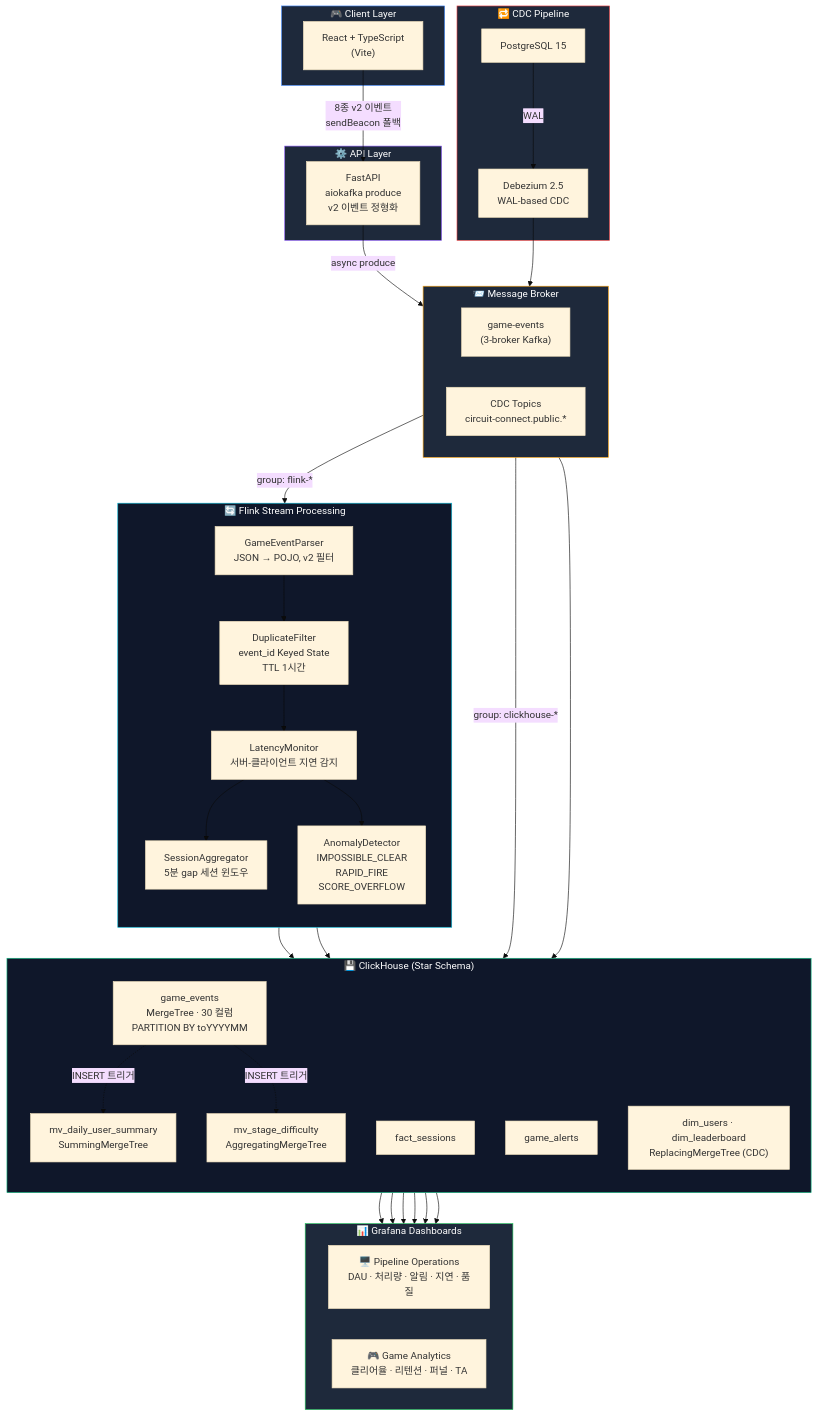
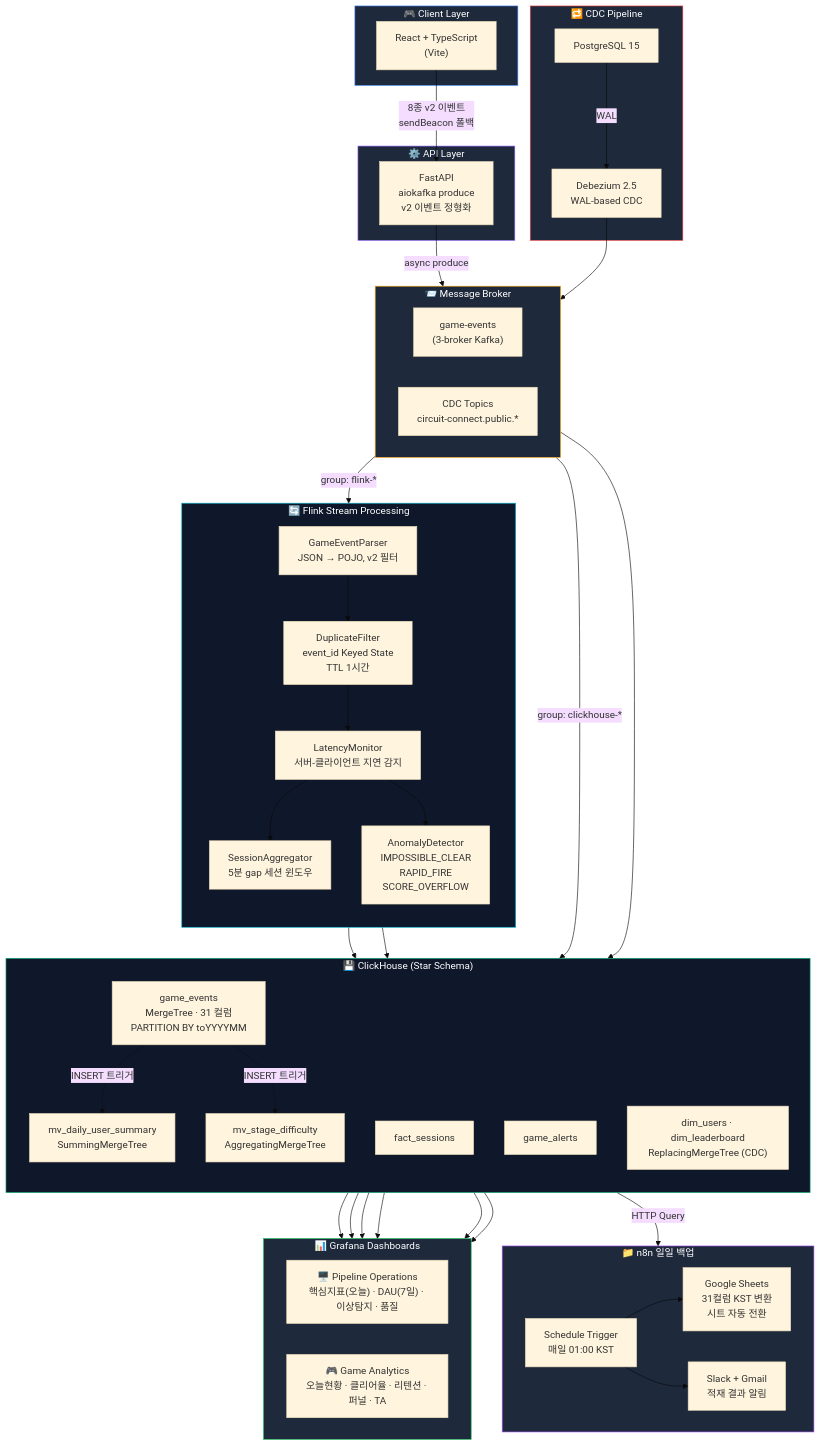
The diagram in docs/architecture.md (Aguantar/circuit-connect), drawn with Mermaid (base theme) before and after one commit. The commit also changed 3 other files, not shown here.

First line of the commit message:
docs: 아키텍처 다이어그램 및 스키마 명세 업데이트

````diff
--- a/docs/architecture.md
+++ b/docs/architecture.md
@@ -1,71 +1,82 @@
 ```mermaid
 flowchart TB
     subgraph CLIENT["🎮 Client Layer"]
         FE["React + TypeScript<br/>(Vite)"]
     end
 
     subgraph BACKEND["⚙️ API Layer"]
         API["FastAPI<br/>aiokafka produce<br/>v2 이벤트 정형화"]
     end
 
     subgraph KAFKA["📨 Message Broker"]
         direction LR
         GE["game-events<br/>(3-broker Kafka)"]
         CDC_T["CDC Topics<br/>circuit-connect.public.*"]
     end
 
     subgraph FLINK["🔄 Flink Stream Processing"]
         direction TB
         PARSE["GameEventParser<br/>JSON → POJO, v2 필터"]
         DUP["DuplicateFilter<br/>event_id Keyed State<br/>TTL 1시간"]
         LAT["LatencyMonitor<br/>서버-클라이언트 지연 감지"]
         SESS["SessionAggregator<br/>5분 gap 세션 윈도우"]
         ANOM["AnomalyDetector<br/>IMPOSSIBLE_CLEAR<br/>RAPID_FIRE<br/>SCORE_OVERFLOW"]
     end
 
     subgraph CH["💾 ClickHouse (Star Schema)"]
         direction TB
-        FACT["game_events<br/>MergeTree · 30 컬럼<br/>PARTITION BY toYYYYMM"]
+        FACT["game_events<br/>MergeTree · 31 컬럼<br/>PARTITION BY toYYYYMM"]
         MV_DAILY["mv_daily_user_summary<br/>SummingMergeTree"]
         MV_STAGE["mv_stage_difficulty<br/>AggregatingMergeTree"]
         F_SESS["fact_sessions"]
         F_ALERT["game_alerts"]
         DIM["dim_users · dim_leaderboard<br/>ReplacingMergeTree (CDC)"]
     end
 
     subgraph CDC_PIPE["🔁 CDC Pipeline"]
         PG["PostgreSQL 15"]
         DBZ["Debezium 2.5<br/>WAL-based CDC"]
     end
 
     subgraph GRAFANA["📊 Grafana Dashboards"]
         direction LR
-        G1["🖥️ Pipeline Operations<br/>DAU · 처리량 · 알림 · 지연 · 품질"]
-        G2["🎮 Game Analytics<br/>클리어율 · 리텐션 · 퍼널 · TA"]
+        G1["🖥️ Pipeline Operations<br/>핵심지표(오늘) · DAU(7일) · 이상탐지 · 품질"]
+        G2["🎮 Game Analytics<br/>오늘현황 · 클리어율 · 리텐션 · 퍼널 · TA"]
+    end
+
+    subgraph N8N["📁 n8n 일일 백업"]
+        direction LR
+        SCHED["Schedule Trigger<br/>매일 01:00 KST"]
+        GS["Google Sheets<br/>31컬럼 KST 변환<br/>시트 자동 전환"]
+        ALERT["Slack + Gmail<br/>적재 결과 알림"]
     end
 
     FE -->|"8종 v2 이벤트<br/>sendBeacon 폴백"| API
     API -->|"async produce"| GE
 
     GE -->|"group: clickhouse-*"| FACT
     GE -->|"group: flink-*"| PARSE
 
     PARSE --> DUP --> LAT
     LAT --> SESS --> F_SESS
     LAT --> ANOM --> F_ALERT
 
     FACT -.->|"INSERT 트리거"| MV_DAILY
     FACT -.->|"INSERT 트리거"| MV_STAGE
 
     PG -->|"WAL"| DBZ --> CDC_T --> DIM
 
     FACT & MV_DAILY & MV_STAGE & F_SESS & F_ALERT & DIM --> GRAFANA
 
+    FACT -->|"HTTP Query"| SCHED --> GS
+    SCHED --> ALERT
+
     style CLIENT fill:#1e293b,stroke:#3b82f6,color:#fff
     style BACKEND fill:#1e293b,stroke:#8b5cf6,color:#fff
     style KAFKA fill:#1e293b,stroke:#f59e0b,color:#fff
     style FLINK fill:#0f172a,stroke:#06b6d4,color:#fff
     style CH fill:#0f172a,stroke:#10b981,color:#fff
     style CDC_PIPE fill:#1e293b,stroke:#ef4444,color:#fff
     style GRAFANA fill:#1e293b,stroke:#22c55e,color:#fff
+    style N8N fill:#1e293b,stroke:#a855f7,color:#fff
 ```
````
